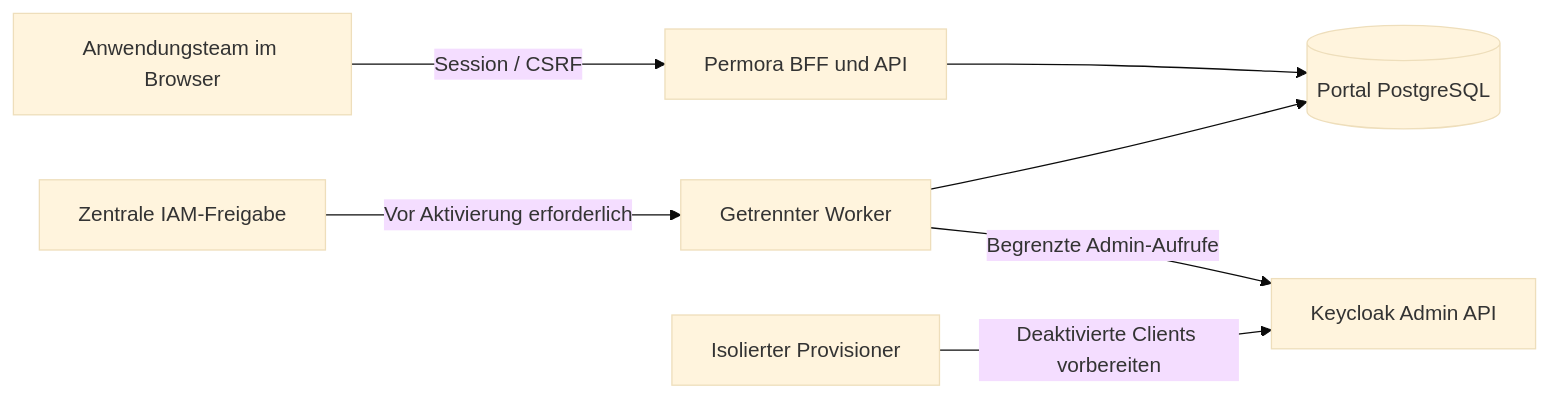
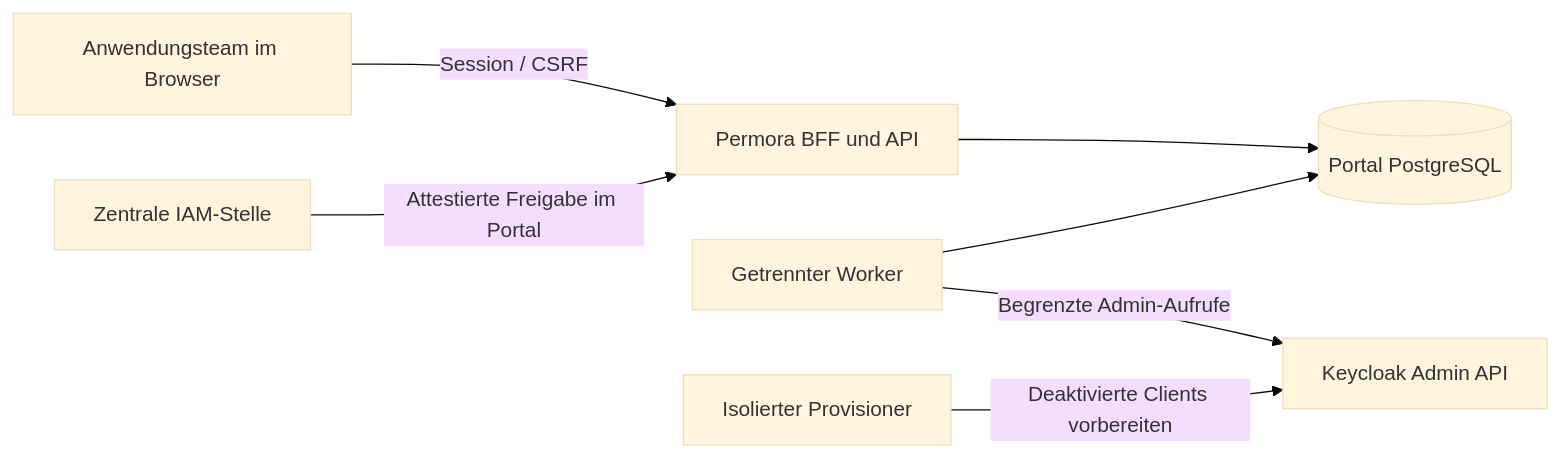
Before and after one commit to Cenn0/Permora: the diagram in README.de.md, drawn with Mermaid (base theme).

Commit message:
docs: clarify central IAM approval through portal in README.de.md

````diff
--- a/README.de.md
+++ b/README.de.md
@@ -32,9 +32,9 @@
 ```mermaid
 flowchart LR
   T[Anwendungsteam im Browser] -->|Session / CSRF| A[Permora BFF und API]
   A --> P[(Portal PostgreSQL)]
   W[Getrennter Worker] --> P
   W -->|Begrenzte Admin-Aufrufe| K[Keycloak Admin API]
-  I[Zentrale IAM-Freigabe] -->|Vor Aktivierung erforderlich| W
+  I[Zentrale IAM-Stelle] -->|Attestierte Freigabe im Portal| A
   Z[Isolierter Provisioner] -->|Deaktivierte Clients vorbereiten| K
 ```
````
